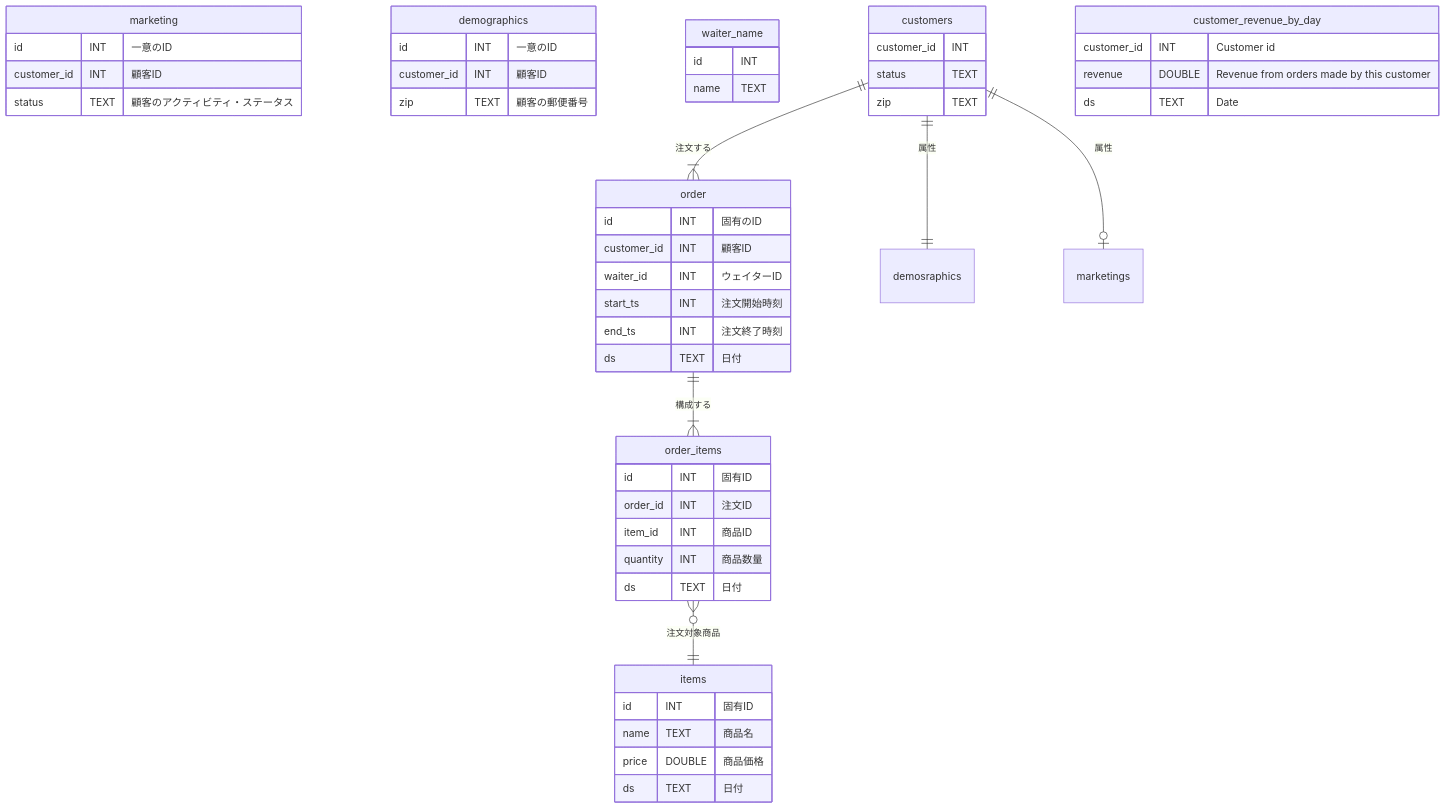
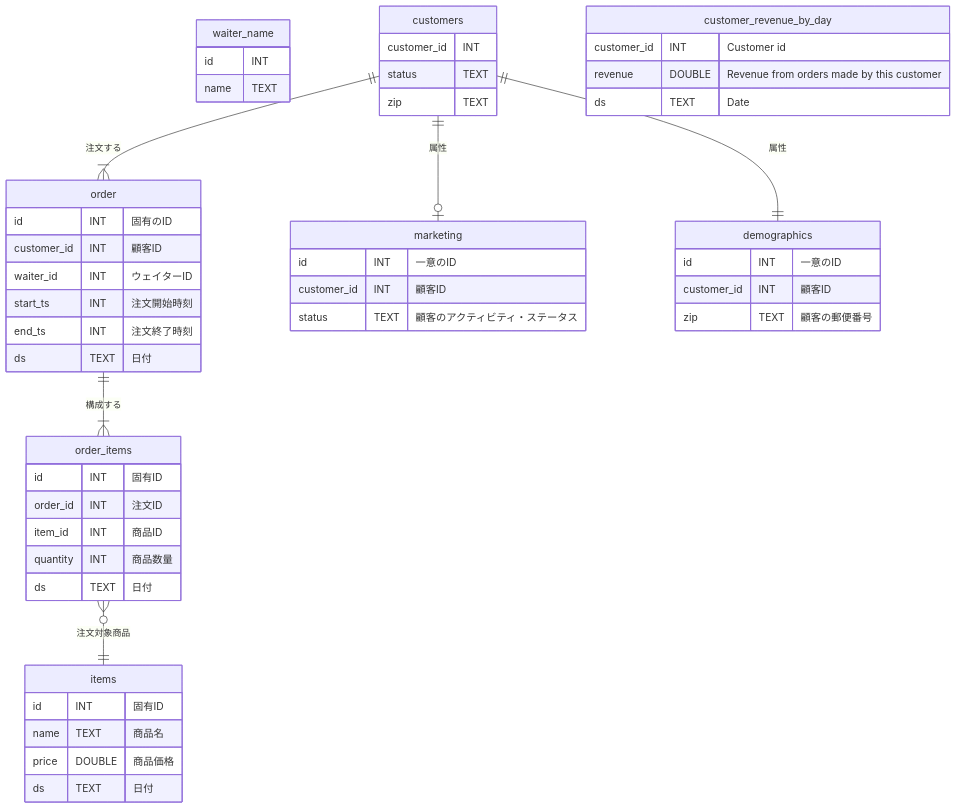
One commit to take0a/zenn-docs changed the second of 2 diagrams in articles/8752f660373534.md. Above: the diagram before and after it, drawn with Mermaid.

````diff
--- a/articles/8752f660373534.md
+++ b/articles/8752f660373534.md
@@ -251,53 +251,53 @@
 ```mermaid
 erDiagram
     order ||--|{ order_items : "構成する"
     order_items }o--|| items : "注文対象商品"
     marketing {
         id INT "一意のID"
         customer_id INT "顧客ID"
         status TEXT "顧客のアクティビティ・ステータス"
     }
     demographics {
         id INT "一意のID"
         customer_id INT "顧客ID"
         zip TEXT "顧客の郵便番号"
     }
     order {
         id INT "固有のID"
         customer_id INT "顧客ID"
         waiter_id INT "ウェイターID"
         start_ts INT "注文開始時刻"
         end_ts INT "注文終了時刻"
         ds TEXT "日付"
     }
     order_items {
         id INT "固有ID"
         order_id INT "注文ID"
         item_id INT "商品ID"
         quantity INT "商品数量"
         ds TEXT "日付"
     }
     items {
         id INT "固有ID"
         name TEXT "商品名"
         price DOUBLE "商品価格"
         ds TEXT "日付"
     }
     waiter_name {
         id INT
         name TEXT
     }
     customers ||--|{ order : "注文する"
-    customers ||--|| demosraphics : "属性"
-    customers ||--o| marketings : "属性"
+    customers ||--|| demographics : "属性"
+    customers ||--o| marketing : "属性"
     customers {
         customer_id INT
         status TEXT
         zip TEXT
     }
     customer_revenue_by_day {
         customer_id INT "Customer id"
         revenue DOUBLE "Revenue from orders made by this customer"
         ds TEXT "Date"
     }
 ```
````
